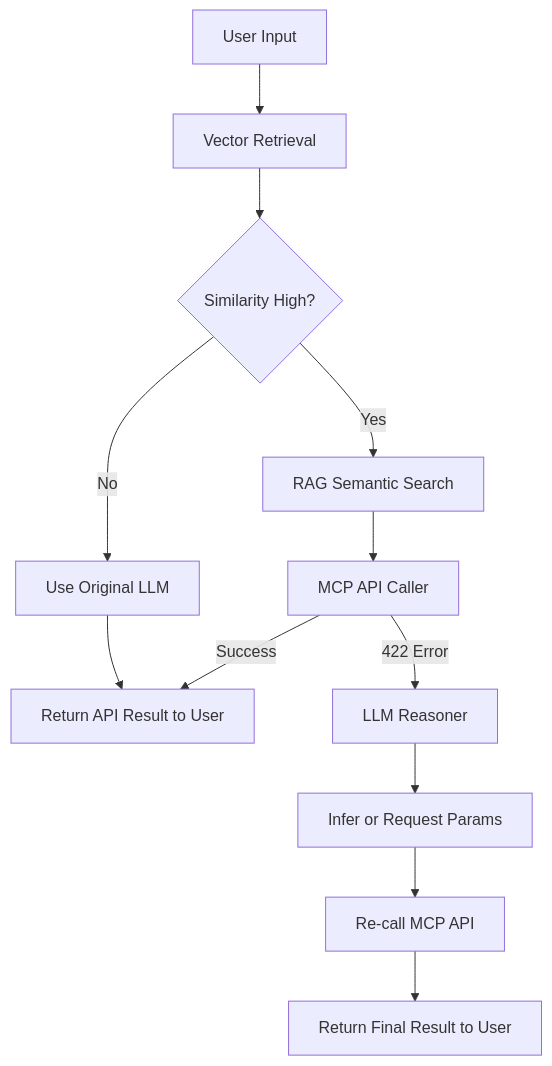
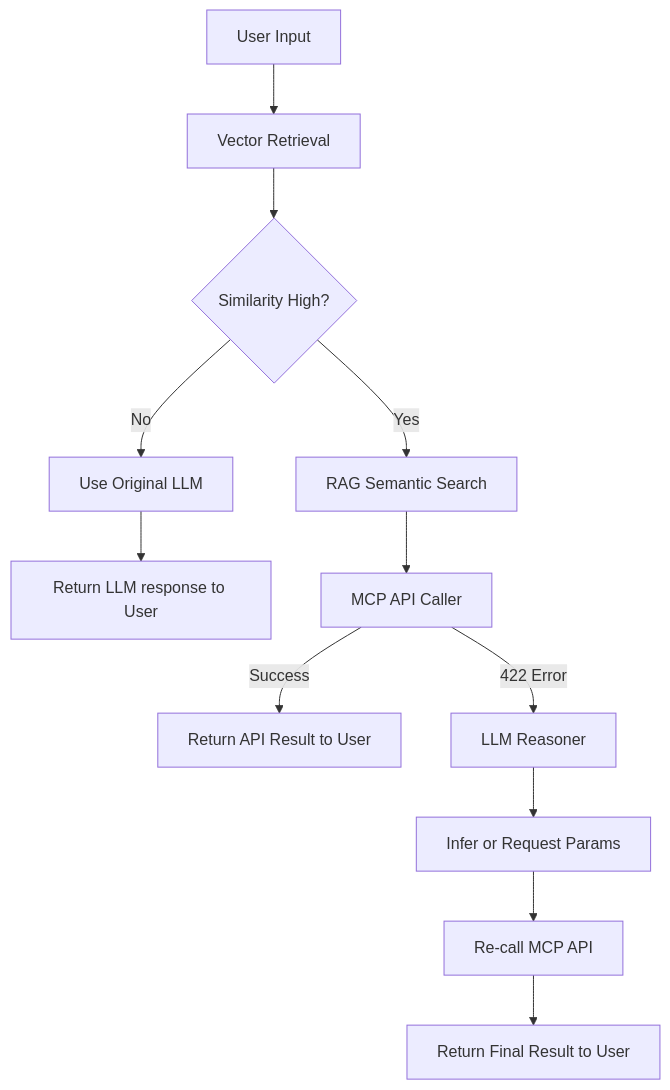
One commit to EvenChang/OpenWebUI-Pipeline changed the diagram in README.md. Above: the diagram before and after it, drawn with Mermaid.

````diff
--- a/README.md
+++ b/README.md
@@ -25,17 +25,17 @@
 ```mermaid
 flowchart TD
     A[User Input] --> B[Vector Retrieval]
     B --> C{Similarity High?}
     
     C -->|No| I[Use Original LLM]
-    I --> D[Return API Result to User]
+    I --> R[Return LLM response to User]
     
     C -->|Yes| B2[RAG Semantic Search]
     B2 --> C2[MCP API Caller]
     C2 -->|Success| D[Return API Result to User]
     C2 -->|422 Error| E[LLM Reasoner]
     E --> F[Infer or Request Params]
     F --> G[Re-call MCP API]
     G --> H[Return Final Result to User]
 
 ```
````
